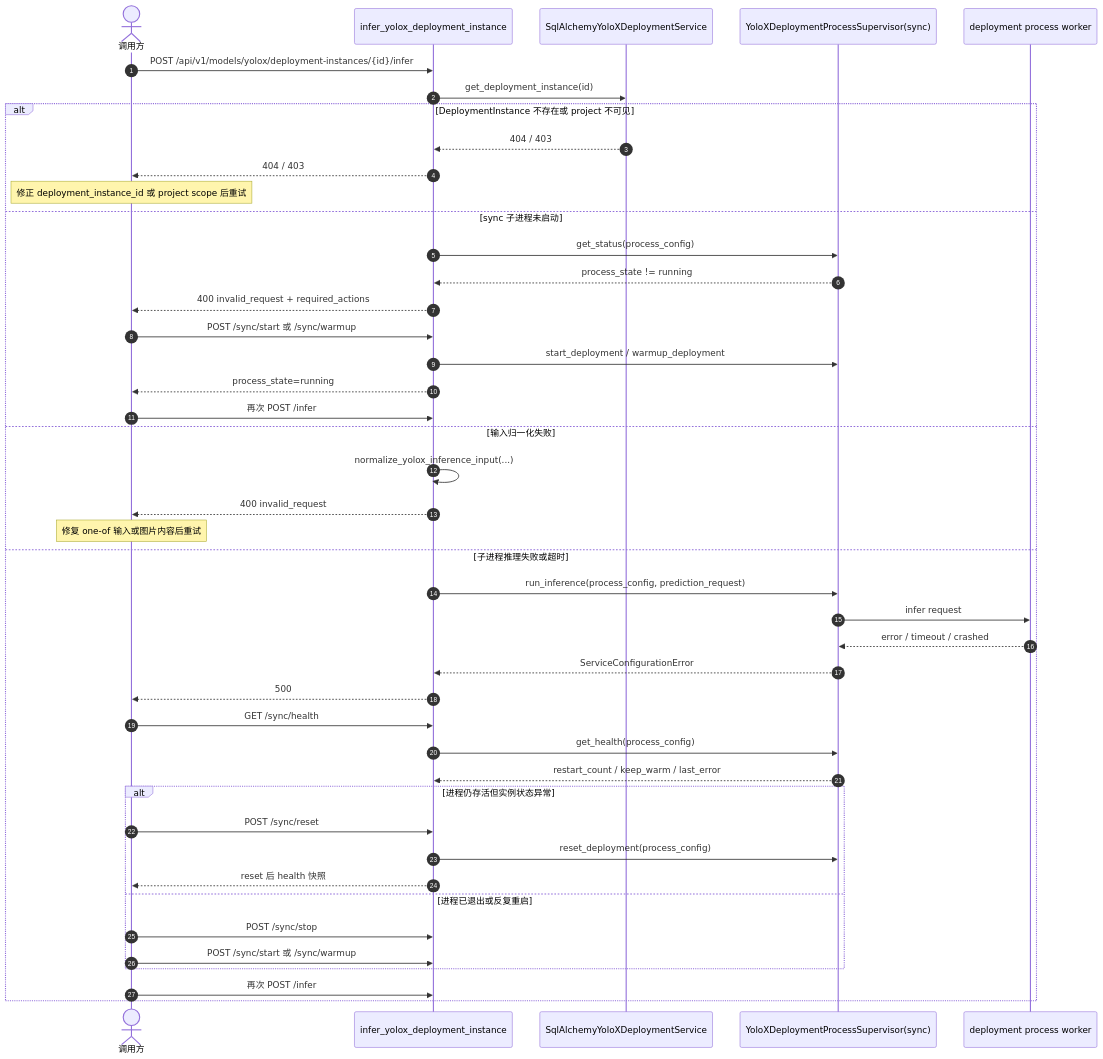
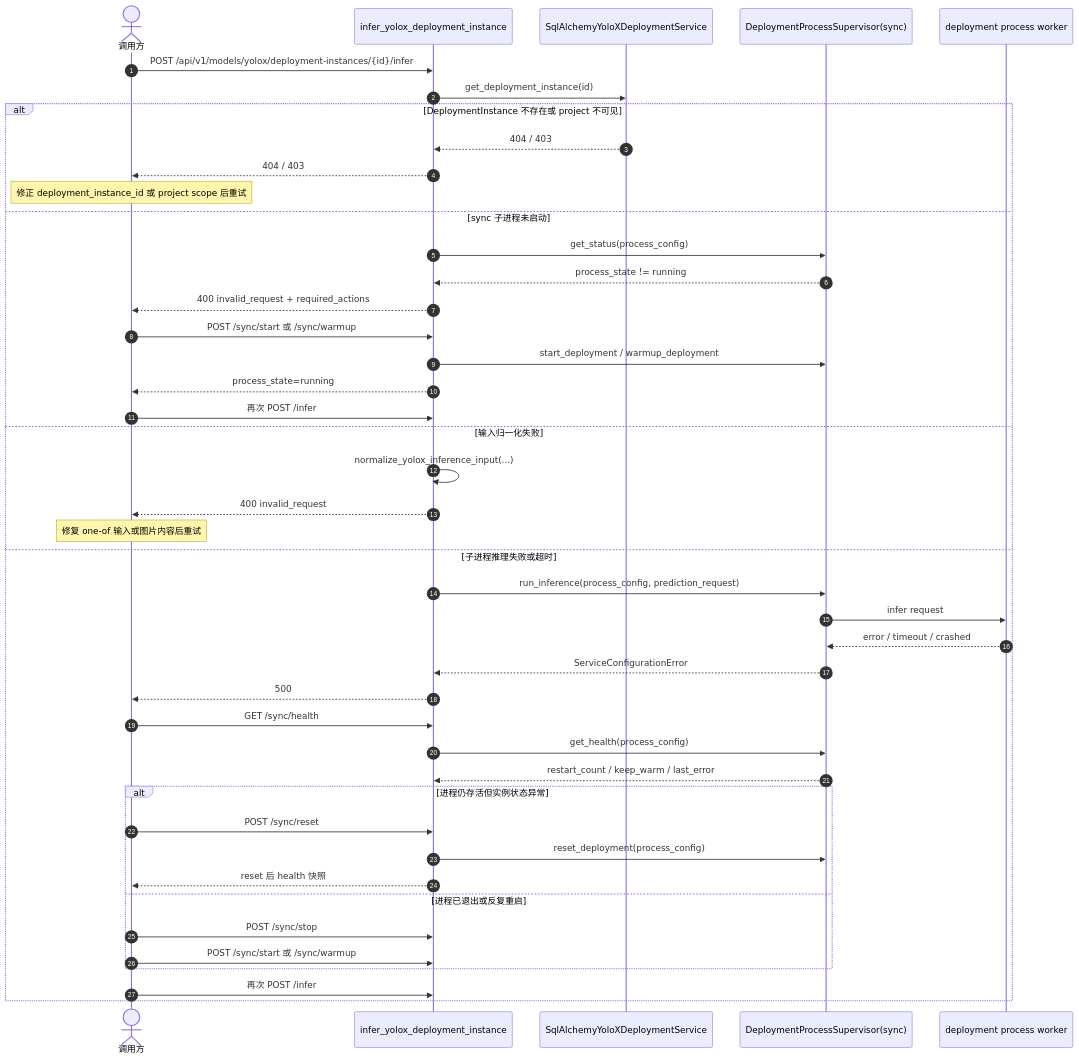
One commit to ammm56/amvision changed the sixth of 8 diagrams in docs/architecture/execution-sequences.md. Above: the diagram before and after it, drawn with Mermaid. The commit also changed other lines of this file and 109 other files, not shown here.

````diff
--- a/docs/architecture/execution-sequences.md
+++ b/docs/architecture/execution-sequences.md
@@ -318,47 +318,47 @@
 ```mermaid
 sequenceDiagram
     autonumber
     actor Client as 调用方
     participant API as infer_yolox_deployment_instance
     participant DeploySvc as SqlAlchemyYoloXDeploymentService
-    participant SyncSup as YoloXDeploymentProcessSupervisor(sync)
+    participant SyncSup as DeploymentProcessSupervisor(sync)
     participant Child as deployment process worker
 
     Client->>API: POST /api/v1/models/yolox/deployment-instances/{id}/infer
     API->>DeploySvc: get_deployment_instance(id)
     alt DeploymentInstance 不存在或 project 不可见
         DeploySvc-->>API: 404 / 403
         API-->>Client: 404 / 403
         Note over Client: 修正 deployment_instance_id 或 project scope 后重试
     else sync 子进程未启动
         API->>SyncSup: get_status(process_config)
         SyncSup-->>API: process_state != running
         API-->>Client: 400 invalid_request + required_actions
         Client->>API: POST /sync/start 或 /sync/warmup
         API->>SyncSup: start_deployment / warmup_deployment
         API-->>Client: process_state=running
         Client->>API: 再次 POST /infer
     else 输入归一化失败
         API->>API: normalize_yolox_inference_input(...)
         API-->>Client: 400 invalid_request
         Note over Client: 修复 one-of 输入或图片内容后重试
     else 子进程推理失败或超时
         API->>SyncSup: run_inference(process_config, prediction_request)
         SyncSup->>Child: infer request
         Child-->>SyncSup: error / timeout / crashed
         SyncSup-->>API: ServiceConfigurationError
         API-->>Client: 500
         Client->>API: GET /sync/health
         API->>SyncSup: get_health(process_config)
         SyncSup-->>API: restart_count / keep_warm / last_error
         alt 进程仍存活但实例状态异常
             Client->>API: POST /sync/reset
             API->>SyncSup: reset_deployment(process_config)
             API-->>Client: reset 后 health 快照
         else 进程已退出或反复重启
             Client->>API: POST /sync/stop
             Client->>API: POST /sync/start 或 /sync/warmup
         end
         Client->>API: 再次 POST /infer
     end
 ```
````
